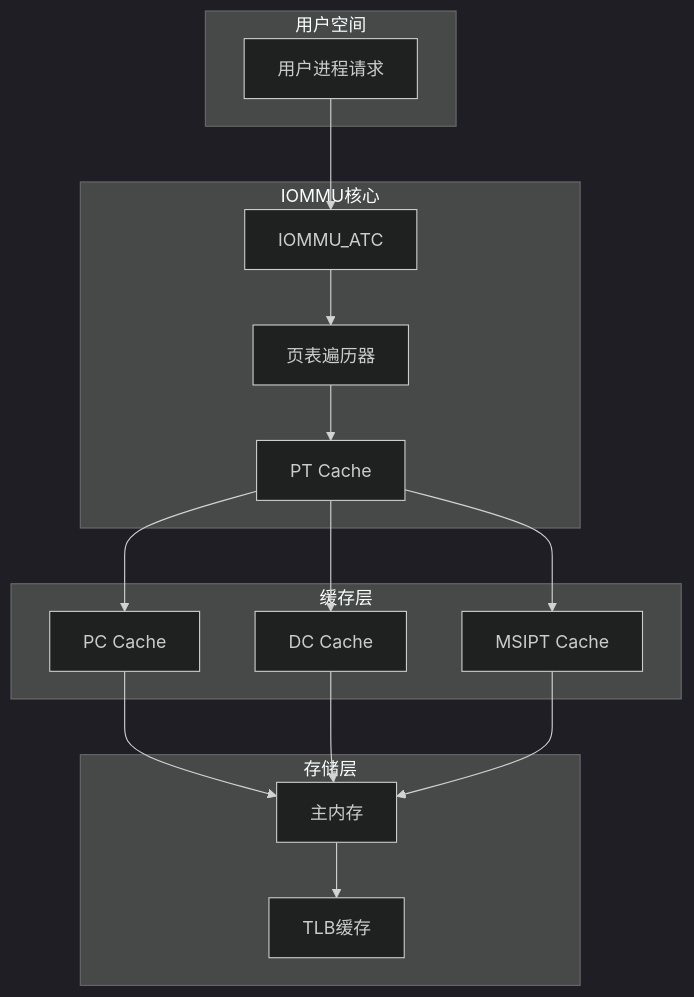
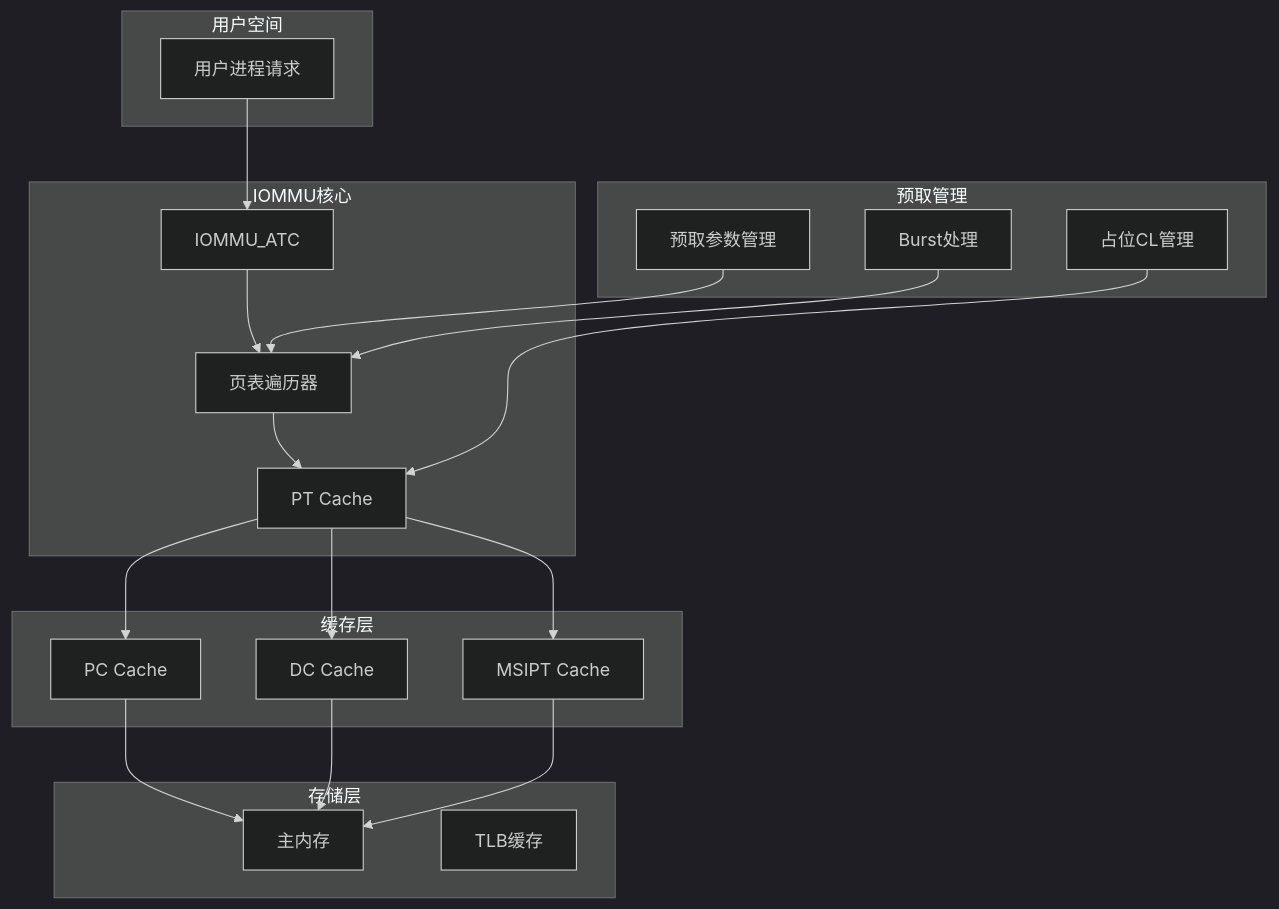
The second of 10 diagrams in .qoder/repowiki/zh/content/缓存系统架构/PT Cache预取实现分析.md (jiangjiang1122/iommu_model_20260401_v1), drawn with Mermaid (dark theme) before and after one commit. The commit also changed other lines of this file and 16 other files, not shown here.

````diff
--- a/.qoder/repowiki/zh/content/缓存系统架构/PT Cache预取实现分析.md
+++ b/.qoder/repowiki/zh/content/缓存系统架构/PT Cache预取实现分析.md
@@ -98,30 +120,37 @@
 ```mermaid
 graph TB
 subgraph "用户空间"
 USR[用户进程请求]
 end
 subgraph "IOMMU核心"
 ATC[IOMMU_ATC]
 PTW[页表遍历器]
 PTC[PT Cache]
 end
 subgraph "缓存层"
 PC[PC Cache]
 DC[DC Cache]
 MSIPT[MSIPT Cache]
 end
 subgraph "存储层"
 MEM[主内存]
 TLB[TLB缓存]
 end
+subgraph "预取管理"
+PREFETCH[预取参数管理]
+PLACEHOLDER[占位CL管理]
+BATCH[Burst处理]
+end
 USR --> ATC
 ATC --> PTW
 PTW --> PTC
 PTC --> PC
 PTC --> DC
 PTC --> MSIPT
 PC --> MEM
 DC --> MEM
 MSIPT --> MEM
-MEM --> TLB
+PREFETCH --> PTW
+PLACEHOLDER --> PTC
+BATCH --> PTW
 ```
````
